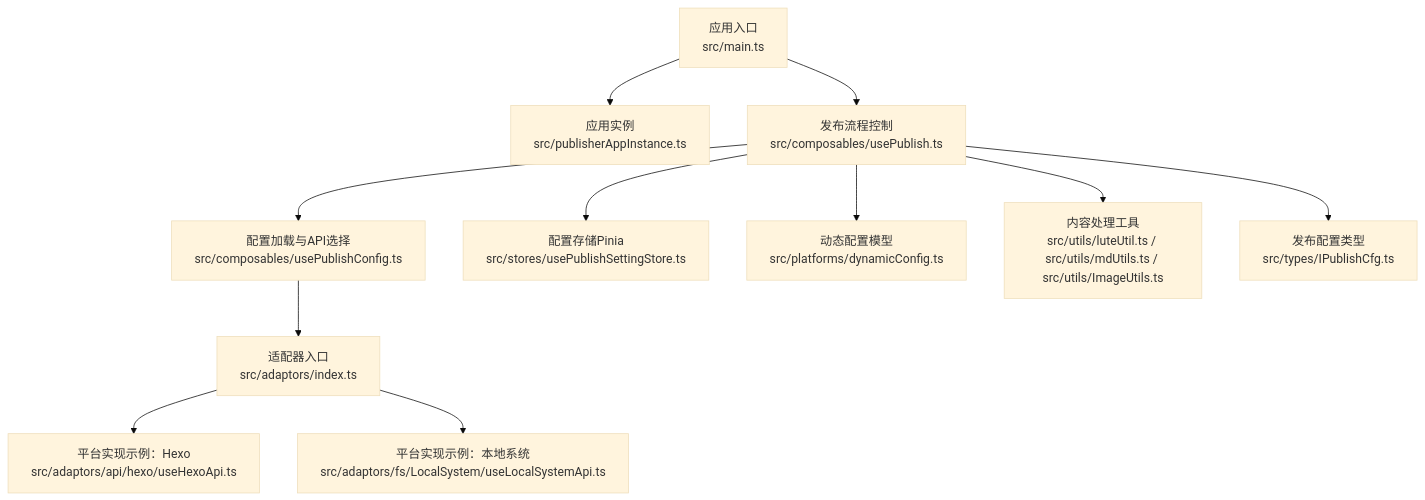
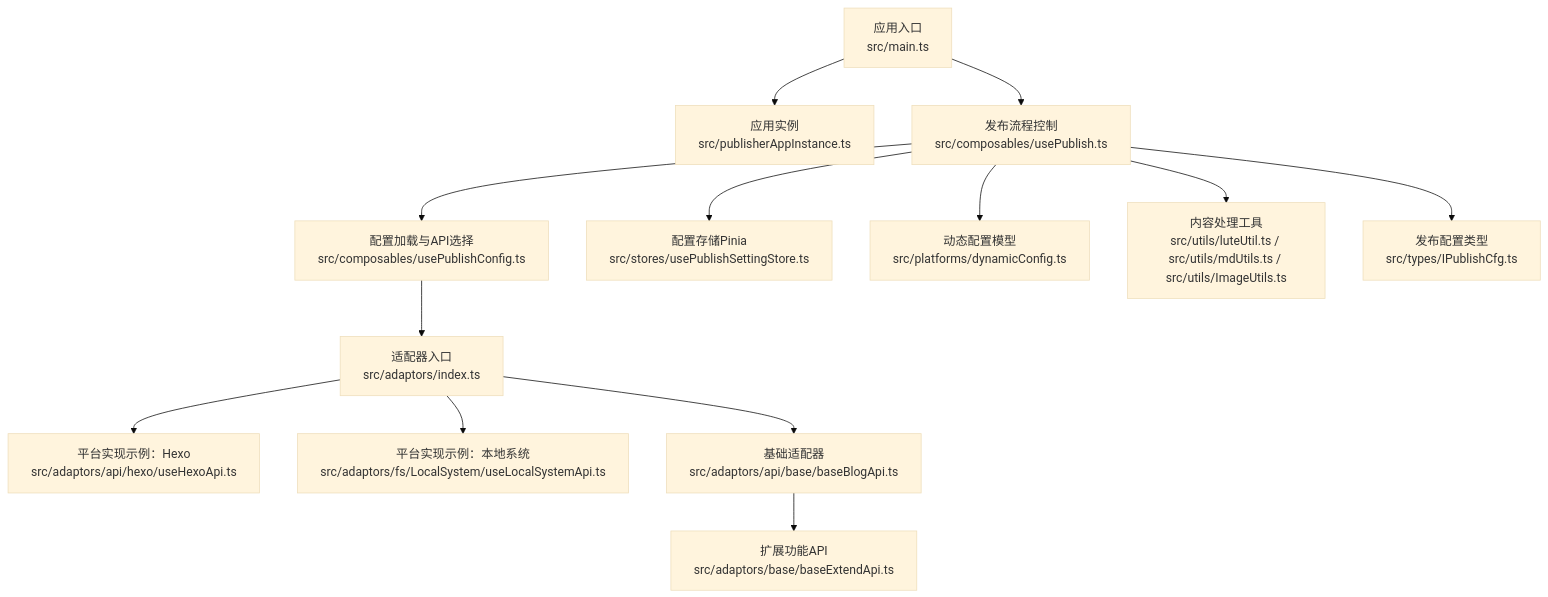
The first of 4 diagrams in .qoder/repowiki/zh/content/发布引擎/发布引擎.md (terwer/siyuan-plugin-publisher), drawn with Mermaid (base theme) before and after one commit. The commit also changed other lines of this file and 5 other files, not shown here.

````diff
--- a/.qoder/repowiki/zh/content/发布引擎/发布引擎.md
+++ b/.qoder/repowiki/zh/content/发布引擎/发布引擎.md
@@ -45,13 +49,15 @@
 ```mermaid
 graph TB
 A["应用入口<br/>src/main.ts"] --> B["应用实例<br/>src/publisherAppInstance.ts"]
 A --> C["发布流程控制<br/>src/composables/usePublish.ts"]
 C --> D["配置加载与API选择<br/>src/composables/usePublishConfig.ts"]
 D --> E["适配器入口<br/>src/adaptors/index.ts"]
 E --> F["平台实现示例：Hexo<br/>src/adaptors/api/hexo/useHexoApi.ts"]
 E --> G["平台实现示例：本地系统<br/>src/adaptors/fs/LocalSystem/useLocalSystemApi.ts"]
-C --> H["配置存储Pinia<br/>src/stores/usePublishSettingStore.ts"]
-C --> I["动态配置模型<br/>src/platforms/dynamicConfig.ts"]
-C --> J["内容处理工具<br/>src/utils/luteUtil.ts / src/utils/mdUtils.ts / src/utils/ImageUtils.ts"]
-C --> K["发布配置类型<br/>src/types/IPublishCfg.ts"]
+E --> H["基础适配器<br/>src/adaptors/api/base/baseBlogApi.ts"]
+H --> I["扩展功能API<br/>src/adaptors/base/baseExtendApi.ts"]
+C --> J["配置存储Pinia<br/>src/stores/usePublishSettingStore.ts"]
+C --> K["动态配置模型<br/>src/platforms/dynamicConfig.ts"]
+C --> L["内容处理工具<br/>src/utils/luteUtil.ts / src/utils/mdUtils.ts / src/utils/ImageUtils.ts"]
+C --> M["发布配置类型<br/>src/types/IPublishCfg.ts"]
 ```
````
